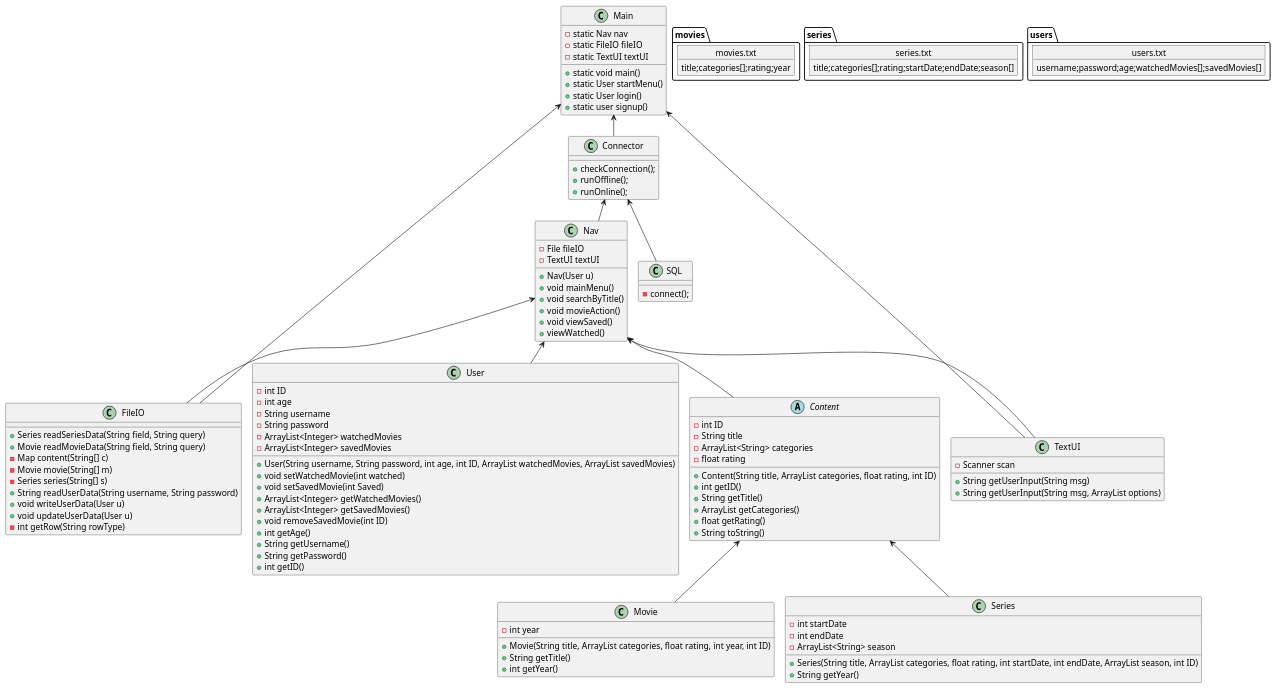
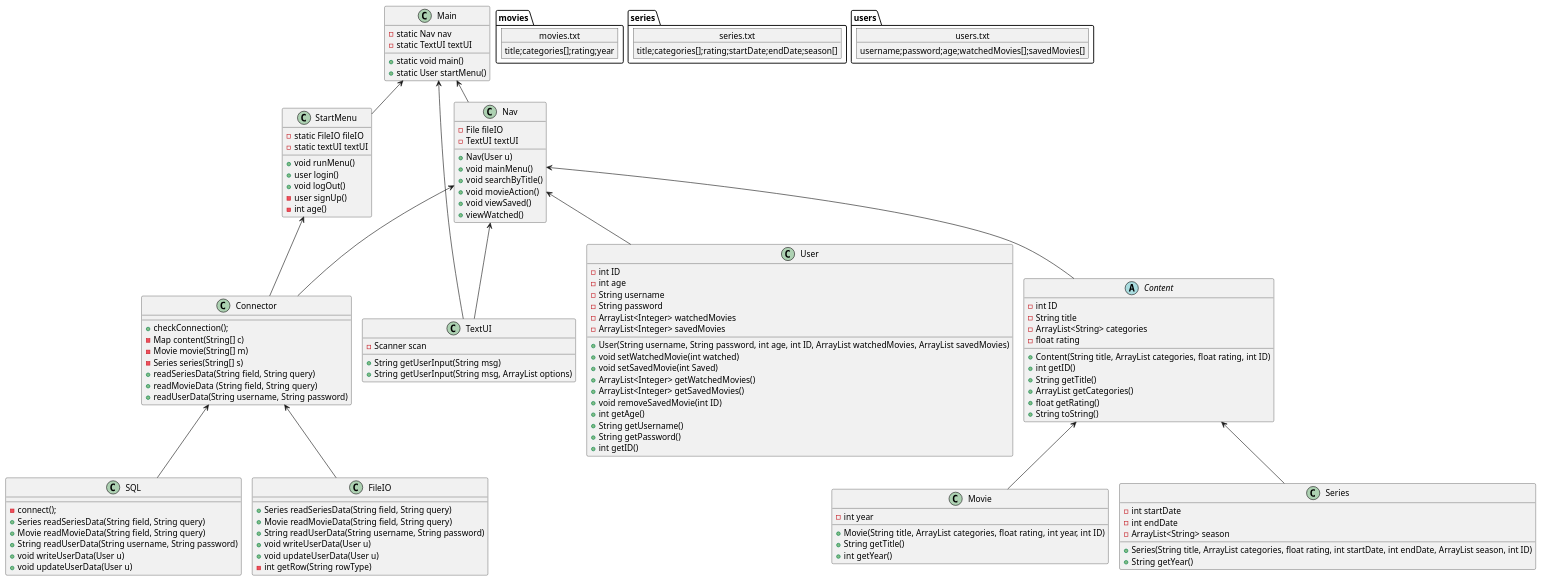
The diagram in showandtell/Documentation/classDiagramV4.puml (bakkary/Streaming-Tjeneste), drawn with PlantUML before and after one commit.

Commit message:
plantumlv4

```diff
--- a/showandtell/Documentation/classDiagramV4.puml
+++ b/showandtell/Documentation/classDiagramV4.puml
@@ -1,128 +1,144 @@
 @startuml
 !pragma layout smetana
 'https://plantuml.com/class-diagram
 
 class Main{
 - static Nav nav
-- static FileIO fileIO
 - static TextUI textUI
 + static void main()
 + static User startMenu()
-+ static User login()
-+ static user signup()
+
 }
 
 
 
+class StartMenu{
+- static FileIO fileIO
+- static textUI textUI
++ void runMenu()
++ user login()
++ void logOut()
+- user signUp()
+- int age()
+}
 
 class Nav {
 - File fileIO
 - TextUI textUI
 + Nav(User u)
 + void mainMenu()
 + void searchByTitle()
 + void movieAction()
 + void viewSaved()
 + viewWatched()
 }
-class Connector {
+class Connector{
 + checkConnection();
-+ runOffline();
-+ runOnline();
+- Map content(String[] c)
+- Movie movie(String[] m)
+- Series series(String[] s)
++readSeriesData(String field, String query)
++readMovieData (String field, String query)
++readUserData(String username, String password)
 }
 
 
 class SQL{
 - connect();
++ Series readSeriesData(String field, String query)
++ Movie readMovieData(String field, String query)
++ String readUserData(String username, String password)
++ void writeUserData(User u)
++ void updateUserData(User u)
 }
 
 
 class FileIO {
 + Series readSeriesData(String field, String query)
 + Movie readMovieData(String field, String query)
-- Map content(String[] c)
-- Movie movie(String[] m)
-- Series series(String[] s)
 + String readUserData(String username, String password)
 + void writeUserData(User u)
 + void updateUserData(User u)
 - int getRow(String rowType)
 }
 
 class TextUI {
 - Scanner scan
 + String getUserInput(String msg)
 + String getUserInput(String msg, ArrayList options)
 }
 
 class User {
 - int ID
 - int age
 - String username
 - String password
 - ArrayList<Integer> watchedMovies
 - ArrayList<Integer> savedMovies
 + User(String username, String password, int age, int ID, ArrayList watchedMovies, ArrayList savedMovies)
 + void setWatchedMovie(int watched)
 + void setSavedMovie(int Saved)
 + ArrayList<Integer> getWatchedMovies()
 + ArrayList<Integer> getSavedMovies()
 + void removeSavedMovie(int ID)
 + int getAge()
 + String getUsername()
 + String getPassword()
 + int getID()
 }
 
 class Movie {
 - int year
 + Movie(String title, ArrayList categories, float rating, int year, int ID)
 + String getTitle()
 + int getYear()
 }
 
 class Series {
 - int startDate
 - int endDate
 - ArrayList<String> season
 + Series(String title, ArrayList categories, float rating, int startDate, int endDate, ArrayList season, int ID)
 + String getYear()
 }
 
 abstract Content {
 - int ID
 - String title
 - ArrayList<String> categories
 - float rating
 + Content(String title, ArrayList categories, float rating, int ID)
 + int getID()
 + String getTitle()
 + ArrayList getCategories()
 + float getRating()
 + String toString()
 }
 
-Main <-- Connector
-Connector <-- Nav
+
+Main <-- StartMenu
+StartMenu <-- Connector
+
+Main <-- Nav
+Nav <-- Connector
 Connector <-- SQL
+Connector <-- FileIO
 Main <-- TextUI
-Main <-- FileIO
 Nav <-- User
 Nav <-- Content
 Nav <-- TextUI
-Nav <-- FileIO
 Content <-- Movie
 Content <-- Series
 
 object movies.txt {
 title;categories[];rating;year
 }
 
 object series.txt {
 title;categories[];rating;startDate;endDate;season[]
 }
 object users.txt {
 username;password;age;watchedMovies[];savedMovies[]
 }
 
 @enduml
```
